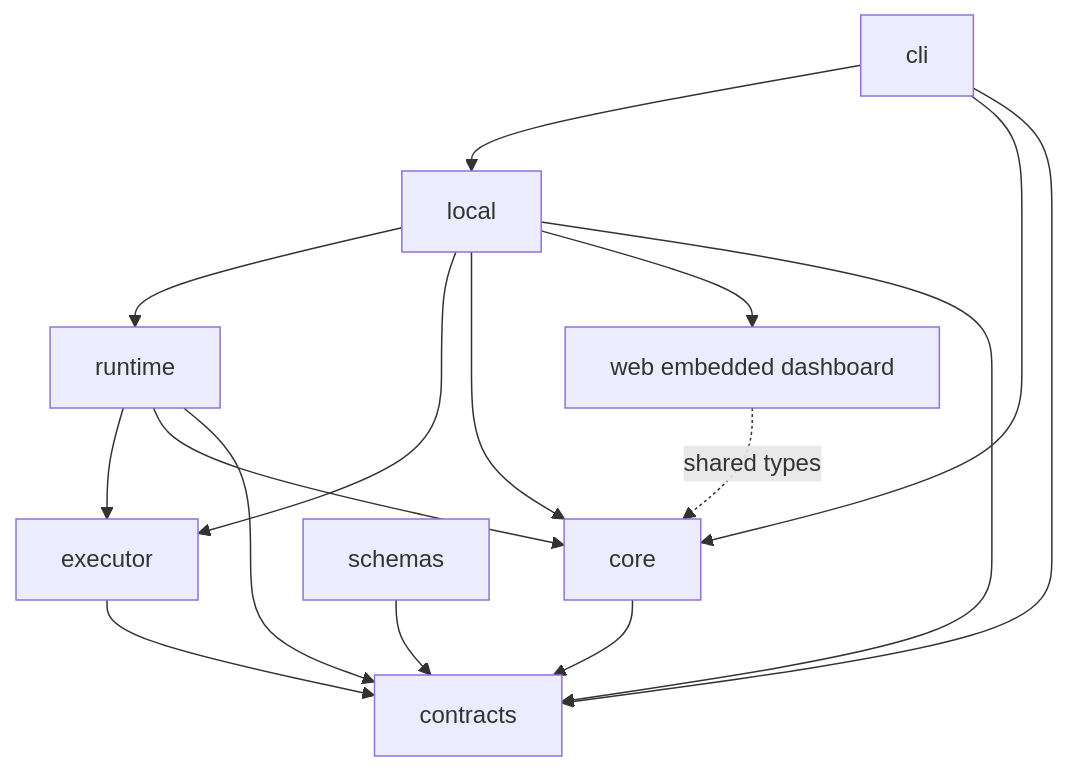
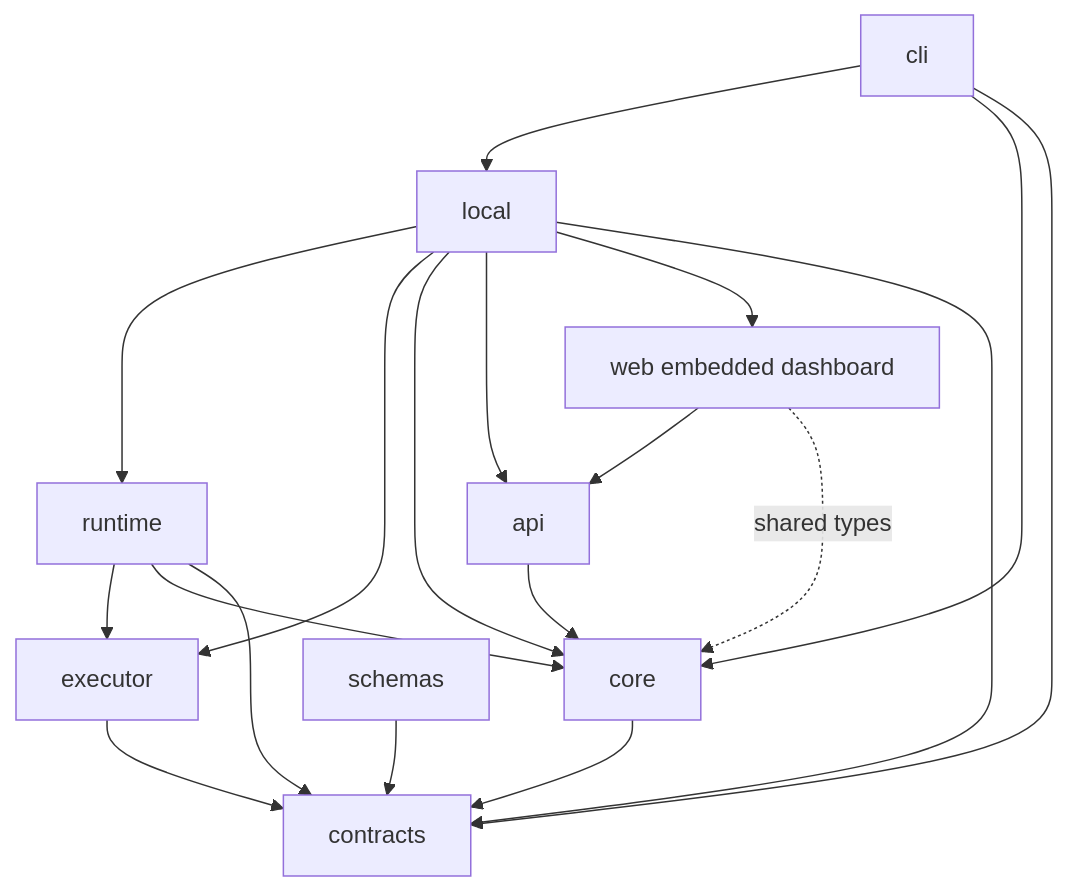
Before and after one commit to hatim-s/attest: the first of 2 diagrams in docs/ARCHITECTURE.md, drawn with Mermaid. The commit also changed other lines of this file and 17 other files, not shown here.

````diff
--- a/docs/ARCHITECTURE.md
+++ b/docs/ARCHITECTURE.md
@@ -5,18 +5,21 @@
 ```mermaid
 graph TD
   CLI[cli] --> Local[local]
   Local --> Runtime[runtime]
   Local --> Executor
   Local --> Core[core]
+  Local --> Api[api]
+  Api --> Core
+  Web --> Api
   Local --> Web[web embedded dashboard]
   Runtime --> Executor[executor]
   Executor --> Contracts
   Runtime --> Core
   Core --> Contracts[contracts]
   Runtime --> Contracts
   Local --> Contracts
   CLI --> Core
   CLI --> Contracts
   Web -. shared types .-> Core
   Schemas[schemas] --> Contracts
 ```
````
